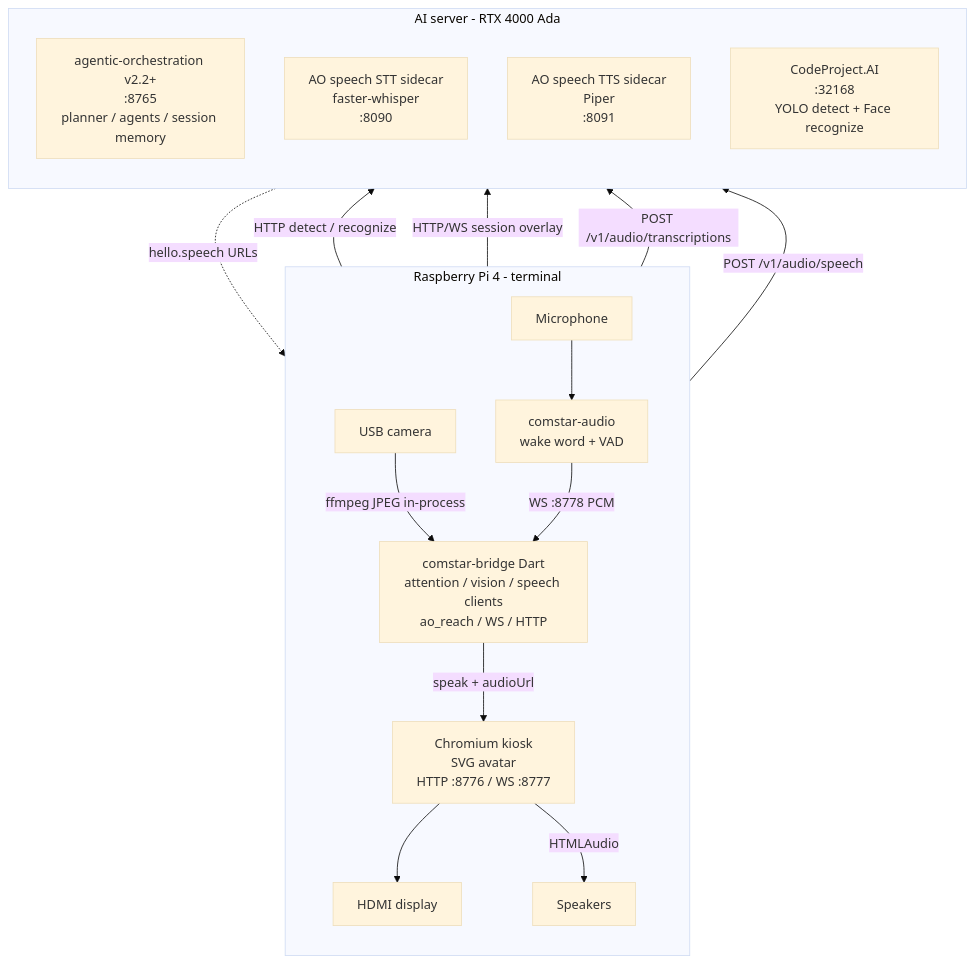
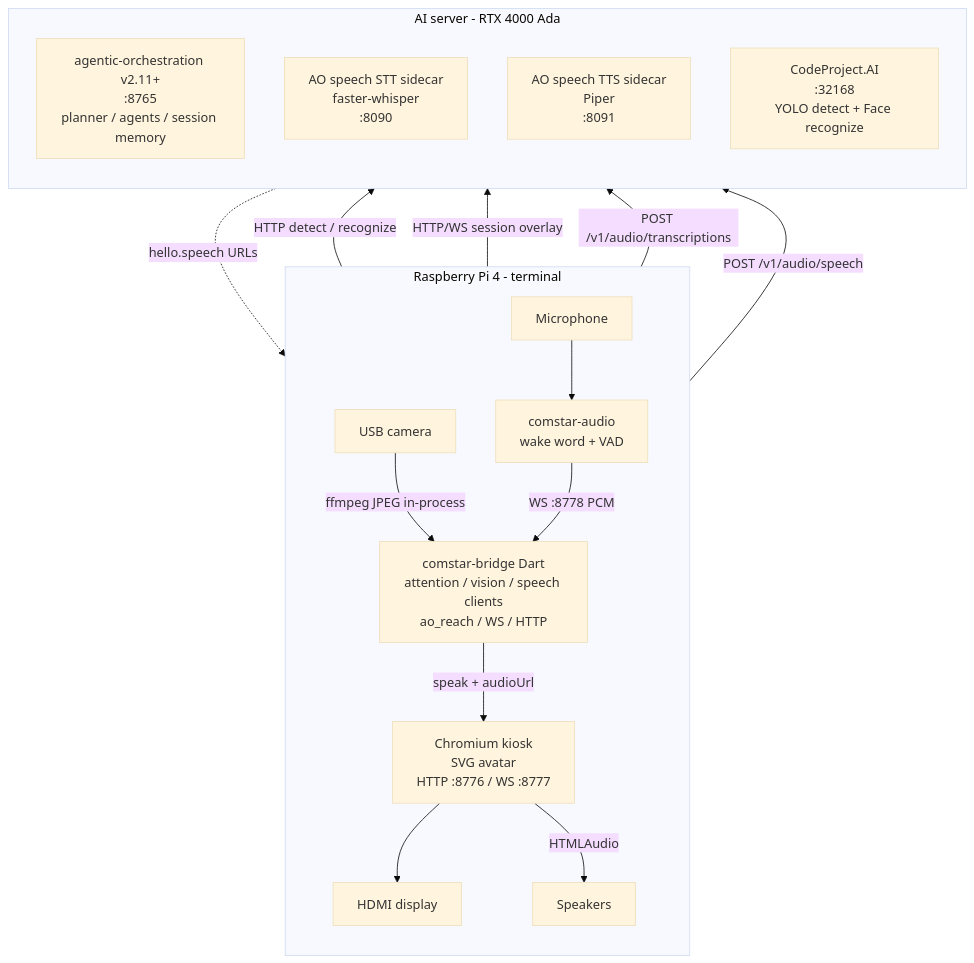
One commit to zlatko-lakisic/comstar changed the diagram in README.md. Above: the diagram before and after it, drawn with Mermaid (base theme). The commit also changed other lines of this file and 16 other files, not shown here.

````diff
--- a/README.md
+++ b/README.md
@@ -77,35 +77,35 @@
 ```mermaid
 flowchart TB
   subgraph pi ["Raspberry Pi 4 - terminal"]
     direction TB
     cam["USB camera"]
     mic["Microphone"]
     display["HDMI display"]
     speakers["Speakers"]
 
     audio["comstar-audio<br/>wake word + VAD"]
     bridge["comstar-bridge Dart<br/>attention / vision / speech clients<br/>ao_reach / WS / HTTP"]
     kiosk["Chromium kiosk<br/>SVG avatar<br/>HTTP :8776 / WS :8777"]
 
     cam -->|"ffmpeg JPEG in-process"| bridge
     mic --> audio
     audio -->|"WS :8778 PCM"| bridge
     bridge -->|"speak + audioUrl"| kiosk
     kiosk --> display
     kiosk -->|"HTMLAudio"| speakers
   end
 
   subgraph server ["AI server - RTX 4000 Ada"]
     direction TB
-    ao["agentic-orchestration v2.2+<br/>:8765<br/>planner / agents / session memory"]
+    ao["agentic-orchestration v2.11+<br/>:8765<br/>planner / agents / session memory"]
     stt["AO speech STT sidecar<br/>faster-whisper<br/>:8090"]
     tts["AO speech TTS sidecar<br/>Piper<br/>:8091"]
     cpai["CodeProject.AI<br/>:32168<br/>YOLO detect + Face recognize"]
   end
 
   bridge -->|"HTTP detect / recognize"| cpai
   bridge -->|"HTTP/WS session overlay"| ao
   ao -.->|"hello.speech URLs"| bridge
   bridge -->|"POST /v1/audio/transcriptions"| stt
   bridge -->|"POST /v1/audio/speech"| tts
 ```
````
